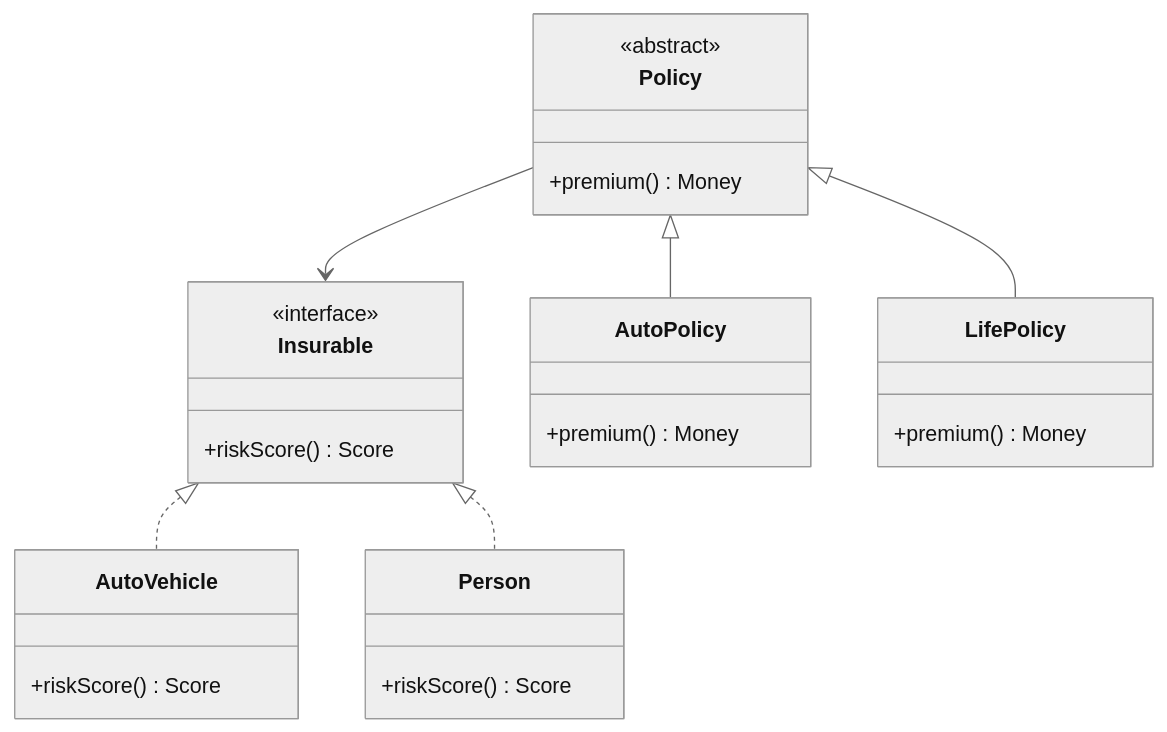
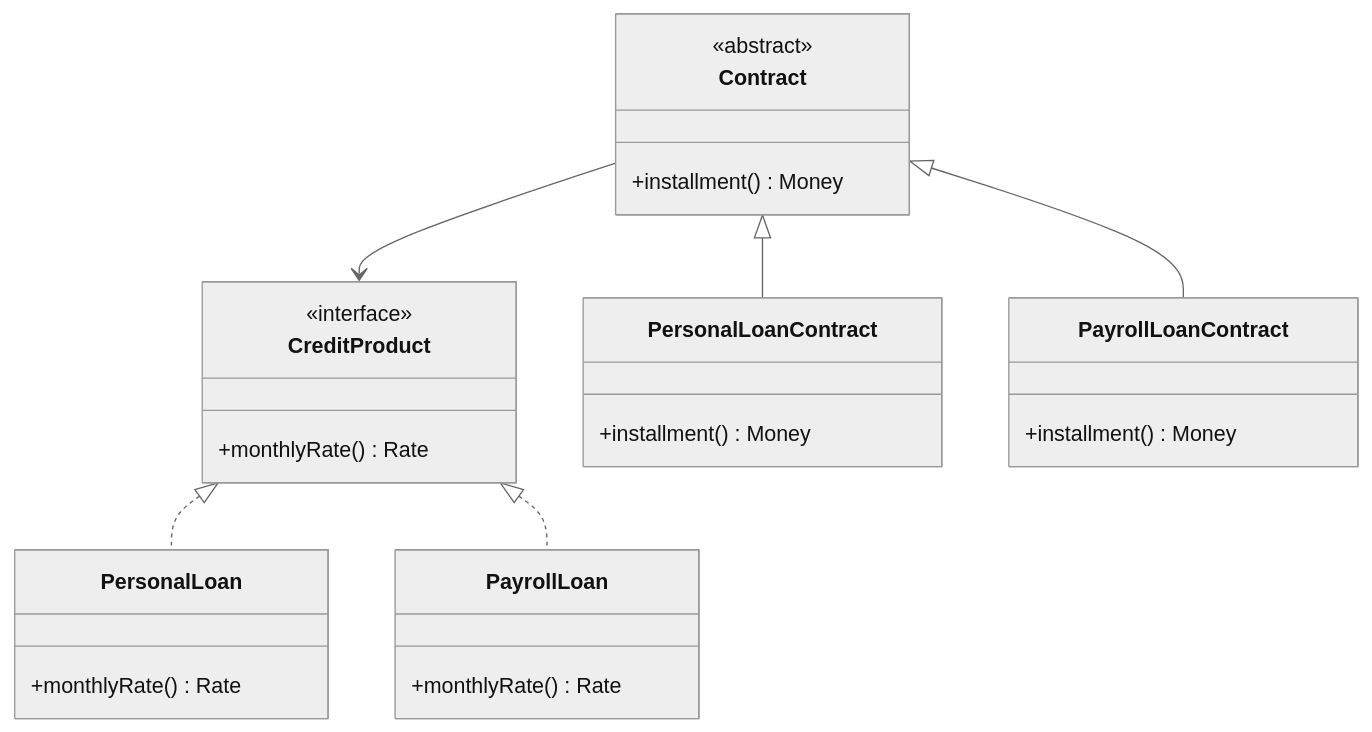
One commit to alancesar/design-patterns changed the diagram in docs/design/ddd/distillation/abstract-core.md. Above: the diagram before and after it, drawn with Mermaid (neutral theme). The commit also changed other lines of this file and 67 other files, not shown here.

First line of the commit message:
Switch DDD examples and diagrams to fintech scenarios

````diff
--- a/docs/design/ddd/distillation/abstract-core.md
+++ b/docs/design/ddd/distillation/abstract-core.md
@@ -57,28 +57,28 @@
 ```mermaid
 classDiagram
-    class Insurable {
+    class CreditProduct {
         <<interface>>
-        +riskScore() Score
+        +monthlyRate() Rate
     }
-    class Policy {
+    class Contract {
         <<abstract>>
-        +premium() Money
+        +installment() Money
     }
-    class AutoPolicy {
-        +premium() Money
+    class PersonalLoanContract {
+        +installment() Money
     }
-    class LifePolicy {
-        +premium() Money
+    class PayrollLoanContract {
+        +installment() Money
     }
-    class AutoVehicle {
-        +riskScore() Score
+    class PersonalLoan {
+        +monthlyRate() Rate
     }
-    class Person {
-        +riskScore() Score
+    class PayrollLoan {
+        +monthlyRate() Rate
     }
-    Policy --> Insurable
-    Policy <|-- AutoPolicy
-    Policy <|-- LifePolicy
-    Insurable <|.. AutoVehicle
-    Insurable <|.. Person
+    Contract --> CreditProduct
+    Contract <|-- PersonalLoanContract
+    Contract <|-- PayrollLoanContract
+    CreditProduct <|.. PersonalLoan
+    CreditProduct <|.. PayrollLoan
 ```
````
